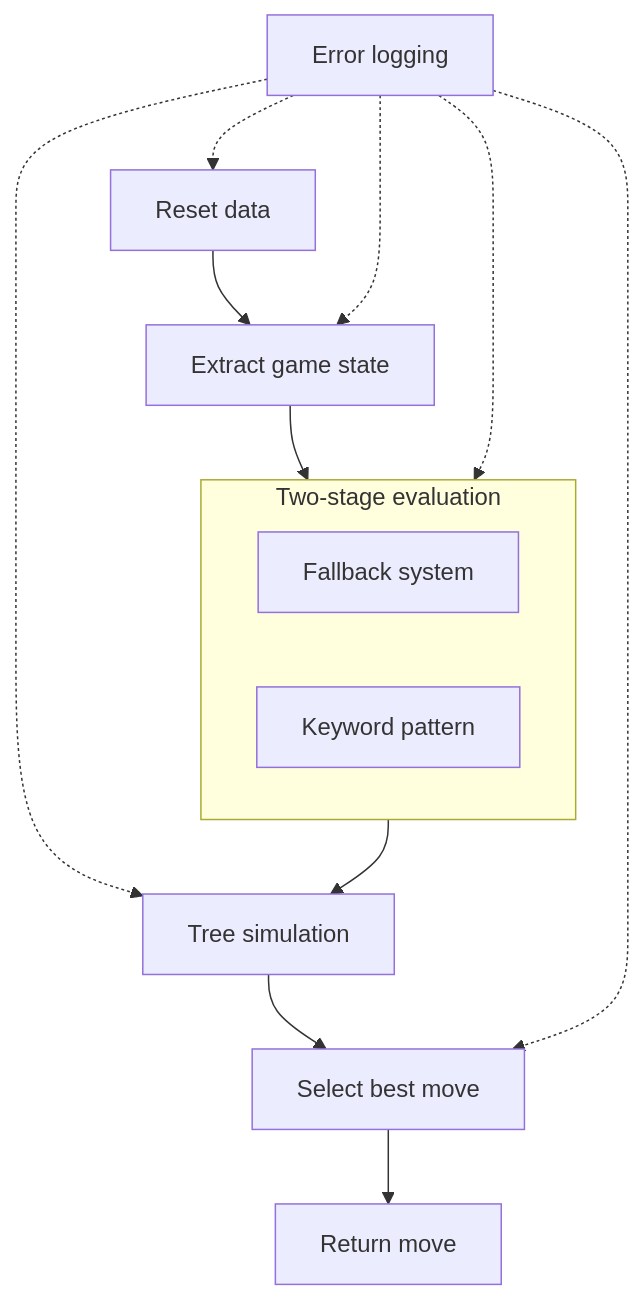
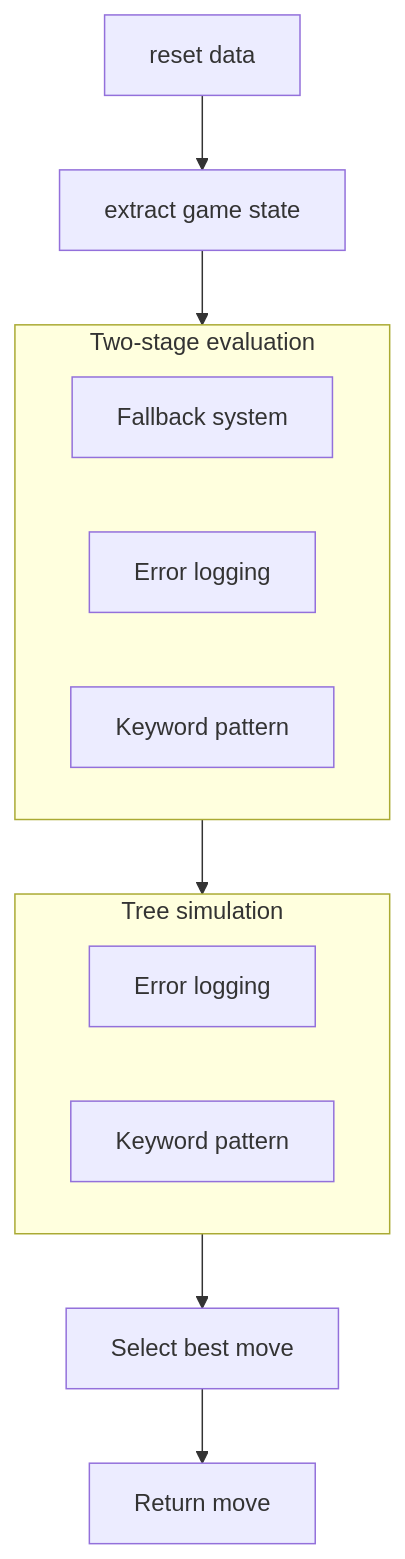
One commit to SuperMeister808/starter-snake-python changed the diagram in README.md. Above: the diagram before and after it, drawn with Mermaid. The commit also changed other lines of this file and 1 other file, not shown here.

Commit message:
README: simplified diagram for better visualization

````diff
--- a/README.md
+++ b/README.md
@@ -54,20 +54,20 @@
 ```mermaid
 flowchart TD
-    A[Reset data] --> B[Extract game state]
+    A[reset data] --> B[extract game state]
+    
     B --> C
-
     subgraph C[Two-stage evaluation]
         D[Fallback system]
-        E[Keyword pattern]
+        E2[Error logging]
+        I[Keyword pattern]
     end
+    C --> F
 
-    C --> F[Tree simulation]
+    subgraph F[Tree simulation]
+        E3[Error logging]
+        I2[Keyword pattern]
+    end
     F --> G[Select best move]
+
     G --> H[Return move]
-
-    I[Error logging] -.-> A
-    I -.-> B
-    I -.-> C
-    I -.-> F
-    I -.-> G
 ```
````
